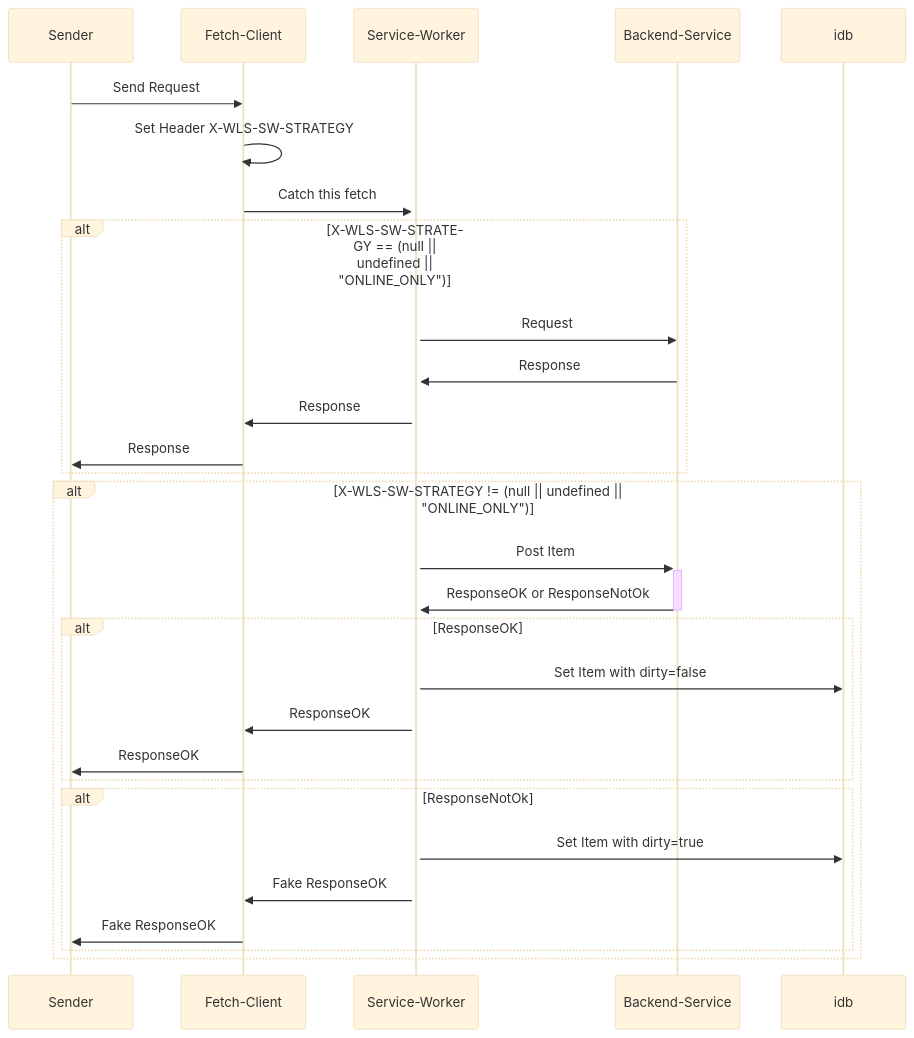
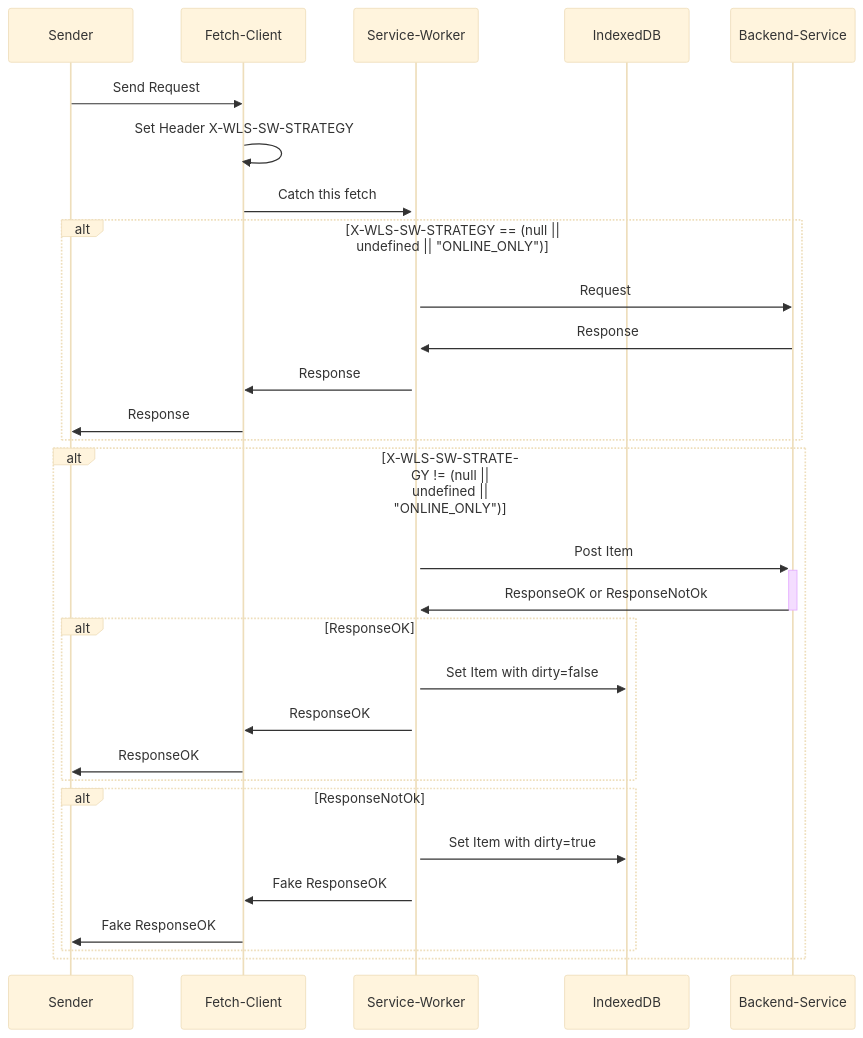
Before and after one commit to it-at-m/Wahllokalsystem: the fourth of 4 diagrams in docs/src/technik/systemspecification/offlinefaehigkeit-konzept.md, drawn with Mermaid (base theme).

````diff
--- a/docs/src/technik/systemspecification/offlinefaehigkeit-konzept.md
+++ b/docs/src/technik/systemspecification/offlinefaehigkeit-konzept.md
@@ -271,32 +271,33 @@
 ```mermaid
 
 sequenceDiagram
     participant sender as Sender
     participant fc as Fetch-Client
     participant sw as Service-Worker
+    participant idb as IndexedDB
     participant be as Backend-Service
     
     sender->>fc: Send Request
     fc->>fc: Set Header X-WLS-SW-STRATEGY
     fc->>+sw: Catch this fetch
     alt X-WLS-SW-STRATEGY == (null || undefined || "ONLINE_ONLY")
         sw->>be : Request
         be->>sw: Response
         sw->>fc: Response
         fc->>sender: Response        
     end
     alt X-WLS-SW-STRATEGY != (null || undefined || "ONLINE_ONLY")
         sw->>+be : Post Item        
         be->>-sw : ResponseOK or ResponseNotOk
         alt ResponseOK
             sw->>idb : Set Item with dirty=false
             sw->>fc: ResponseOK
             fc->>sender: ResponseOK
         end
         alt ResponseNotOk
             sw->>idb : Set Item with dirty=true
             sw->>fc : Fake ResponseOK
             fc->>sender: Fake ResponseOK
         end        
     end    
 ```
````
